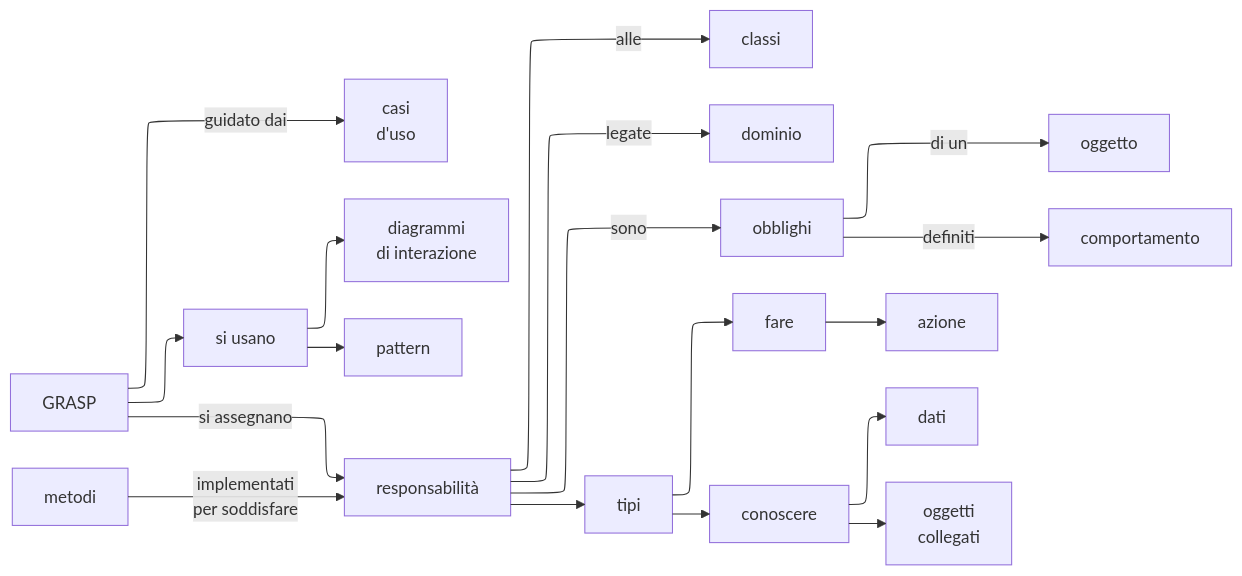
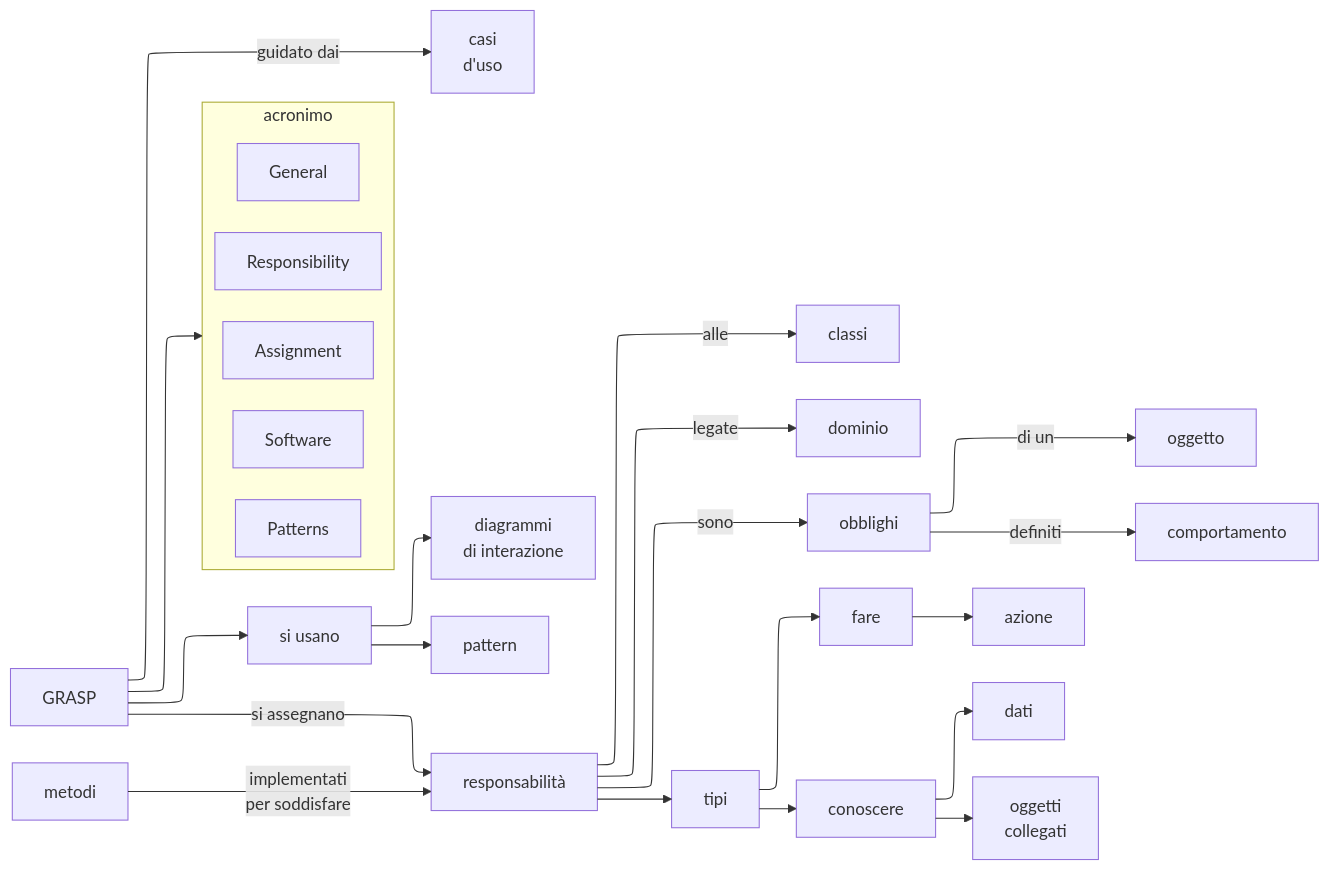
The eighth of 8 diagrams in docs/principi_progettazione.md (Firi0n/appunti-software-engineering), drawn with Mermaid before and after one commit. The commit also changed other lines of this file and 2 other files, not shown here.

````diff
--- a/docs/principi_progettazione.md
+++ b/docs/principi_progettazione.md
@@ -174,21 +148,30 @@
 ```mermaid
 ---
 config:
     layout: elk
     elk: {
         forceNodeModelOrder: true
     }
 ---
 graph LR
+    GRASP --> acronimo
+    subgraph acronimo
+    direction TB
+        General ~~~
+        Responsibility ~~~
+        Assignment ~~~
+        Software ~~~
+        Patterns
+    end
     GRASP -- guidato dai -->CU[casi<br>d'uso]
     GRASP --> su[si usano] --> di[diagrammi<br>di interazione] & pattern
     GRASP -- si assegnano --> responsabilità -- alle --> classi
     responsabilità -- legate --> dominio
     responsabilità -- sono --> obblighi
     obblighi -- di un --> oggetto
     obblighi -- definiti --> comportamento
     responsabilità --> tipi --> fare & conoscere
     fare --> azione
     conoscere --> dati & OC[oggetti<br>collegati]
     metodi -- implementati<br>per soddisfare --> responsabilità
 ```
````
